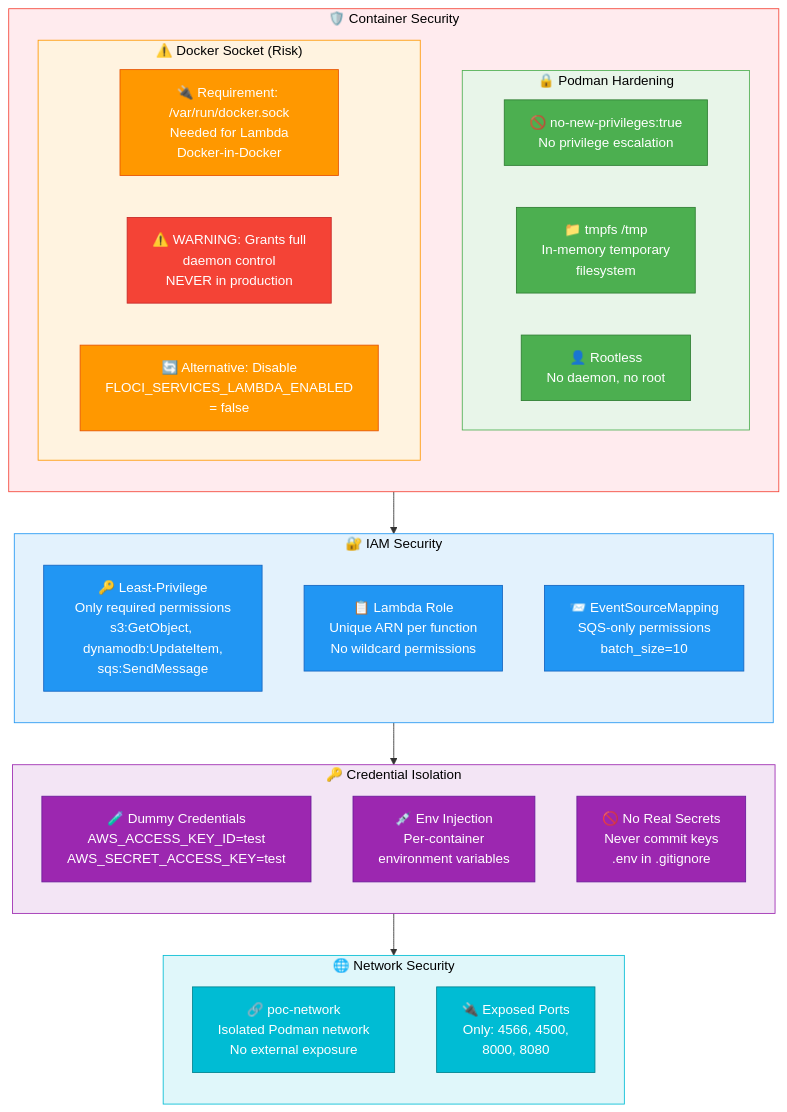
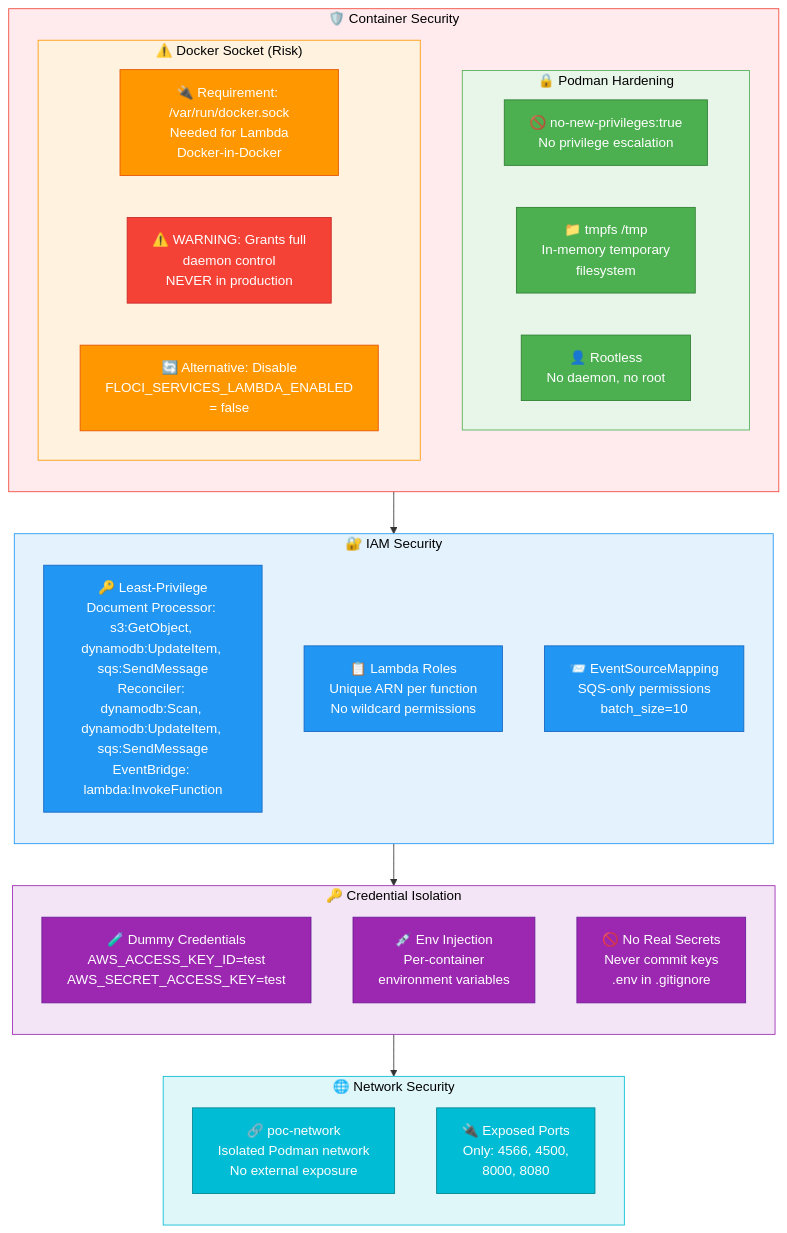
Before and after one commit to sergio11/aws_serverless_pipeline_poc: the fifth of 7 diagrams in README.md, drawn with Mermaid. The commit also changed other lines of this file and 2 other files, not shown here.

First line of the commit message:
fix(integration): add SQS queue drain fixture and retry resilience for Floci

````diff
--- a/README.md
+++ b/README.md
@@ -482,63 +535,63 @@
 ```mermaid
 graph TB
     subgraph CONTAINER_SECURITY["🛡️ Container Security"]
         direction TB
 
         subgraph PODMAN_HARDENING["🔒 Podman Hardening"]
             NO_NEW_PRIV["🚫 no-new-privileges:true<br/>No privilege escalation"]
             TMPFS["📁 tmpfs /tmp<br/>In-memory temporary<br/>filesystem"]
             ROOTLESS["👤 Rootless<br/>No daemon, no root"]
         end
 
         subgraph DOCKER_SOCKET["⚠️ Docker Socket (Risk)"]
             SOCK_REQ["🔌 Requirement: /var/run/docker.sock<br/>Needed for Lambda<br/>Docker-in-Docker"]
             SOCK_WARN["⚠️ WARNING: Grants full<br/>daemon control<br/>NEVER in production"]
             SOCK_ALT["🔄 Alternative: Disable<br/>FLOCI_SERVICES_LAMBDA_ENABLED<br/>= false"]
         end
     end
 
     subgraph IAM_SECURITY["🔐 IAM Security"]
         direction TB
-        LEAST_PRIV["🔑 Least-Privilege<br/>Only required permissions<br/>s3:GetObject, dynamodb:UpdateItem,<br/>sqs:SendMessage"]
-        ROLE_ARN["📋 Lambda Role<br/>Unique ARN per function<br/>No wildcard permissions"]
+        LEAST_PRIV["🔑 Least-Privilege<br/>Document Processor: s3:GetObject, dynamodb:UpdateItem, sqs:SendMessage<br/>Reconciler: dynamodb:Scan, dynamodb:UpdateItem, sqs:SendMessage<br/>EventBridge: lambda:InvokeFunction"]
+        ROLE_ARN["📋 Lambda Roles<br/>Unique ARN per function<br/>No wildcard permissions"]
         ESM_PERMISSIONS["📨 EventSourceMapping<br/>SQS-only permissions<br/>batch_size=10"]
     end
 
     subgraph CREDENTIAL_ISOLATION["🔑 Credential Isolation"]
         direction TB
         DUMMY_CREDS["🧪 Dummy Credentials<br/>AWS_ACCESS_KEY_ID=test<br/>AWS_SECRET_ACCESS_KEY=test"]
         ENV_INJECTION["💉 Env Injection<br/>Per-container<br/>environment variables"]
         NO_SECRETS["🚫 No Real Secrets<br/>Never commit keys<br/>.env in .gitignore"]
     end
 
     subgraph NETWORK_SECURITY["🌐 Network Security"]
         direction TB
         POC_NETWORK["🔗 poc-network<br/>Isolated Podman network<br/>No external exposure"]
         PORT_EXPOSE["🔌 Exposed Ports<br/>Only: 4566, 4500,<br/>8000, 8080"]
     end
 
     CONTAINER_SECURITY --> IAM_SECURITY
     IAM_SECURITY --> CREDENTIAL_ISOLATION
     CREDENTIAL_ISOLATION --> NETWORK_SECURITY
 
     style CONTAINER_SECURITY fill:#FFEBEE,color:#000,stroke:#F44336
     style PODMAN_HARDENING fill:#E8F5E9,color:#000,stroke:#4CAF50
     style DOCKER_SOCKET fill:#FFF3E0,color:#000,stroke:#FF9800
     style IAM_SECURITY fill:#E3F2FD,color:#000,stroke:#2196F3
     style CREDENTIAL_ISOLATION fill:#F3E5F5,color:#000,stroke:#9C27B0
     style NETWORK_SECURITY fill:#E0F7FA,color:#000,stroke:#00BCD4
     style NO_NEW_PRIV fill:#4CAF50,color:#fff,stroke:#2E7D32
     style TMPFS fill:#4CAF50,color:#fff,stroke:#2E7D32
     style ROOTLESS fill:#4CAF50,color:#fff,stroke:#2E7D32
     style SOCK_REQ fill:#FF9800,color:#fff,stroke:#E65100
     style SOCK_WARN fill:#F44336,color:#fff,stroke:#C62828
     style SOCK_ALT fill:#FF9800,color:#fff,stroke:#E65100
     style LEAST_PRIV fill:#2196F3,color:#fff,stroke:#1565C0
     style ROLE_ARN fill:#2196F3,color:#fff,stroke:#1565C0
     style ESM_PERMISSIONS fill:#2196F3,color:#fff,stroke:#1565C0
     style DUMMY_CREDS fill:#9C27B0,color:#fff,stroke:#6A1B9A
     style ENV_INJECTION fill:#9C27B0,color:#fff,stroke:#6A1B9A
     style NO_SECRETS fill:#9C27B0,color:#fff,stroke:#6A1B9A
     style POC_NETWORK fill:#00BCD4,color:#fff,stroke:#00838F
     style PORT_EXPOSE fill:#00BCD4,color:#fff,stroke:#00838F
 ```
````
